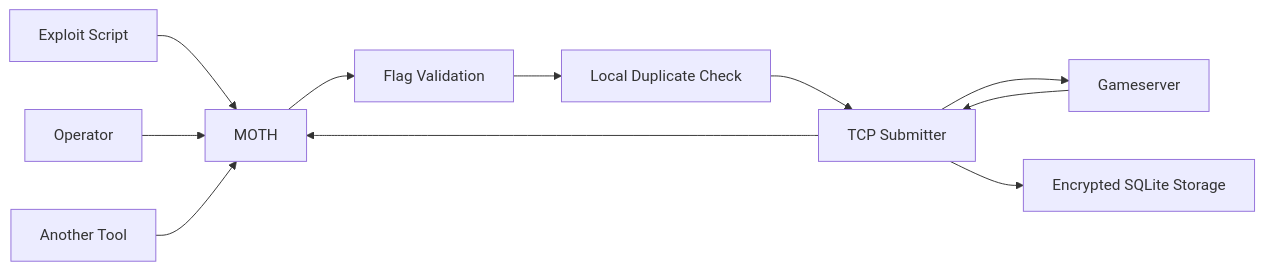
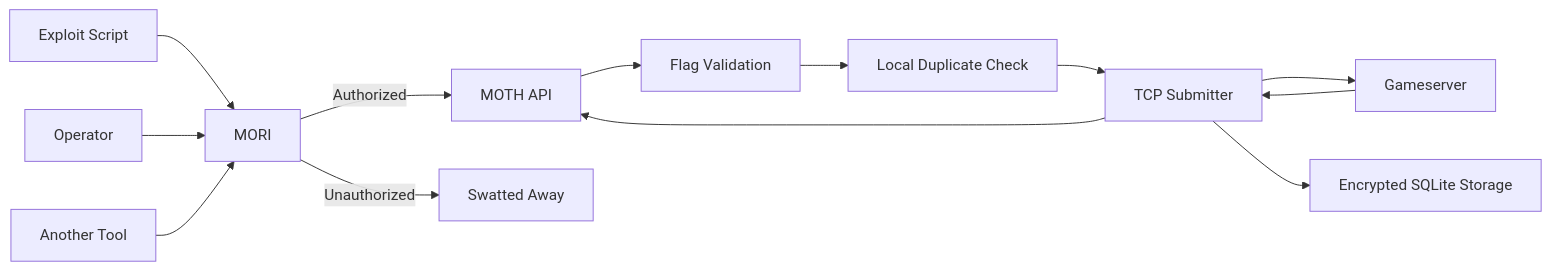
One commit to Denis-Krueger-labs/MOTH changed the first of 14 diagrams in README.md. Above: the diagram before and after it, drawn with Mermaid. The commit also changed other lines of this file, not shown here.

Commit message:
mori redacted the floor plan

````diff
--- a/README.md
+++ b/README.md
@@ -100,15 +110,18 @@
 ```mermaid
 flowchart LR
-    A[Exploit Script] --> M[MOTH]
+    A[Exploit Script] --> M[MORI]
     B[Operator] --> M
     C[Another Tool] --> M
 
-    M --> V[Flag Validation]
+    M -->|Authorized| API[MOTH API]
+    M -->|Unauthorized| SWAT[Swatted Away]
+
+    API --> V[Flag Validation]
     V --> D[Local Duplicate Check]
     D --> S[TCP Submitter]
     S --> G[Gameserver]
 
     G --> S
     S --> E[Encrypted SQLite Storage]
-    S --> M
+    S --> API
 ```
````
